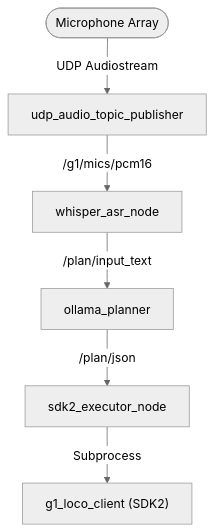
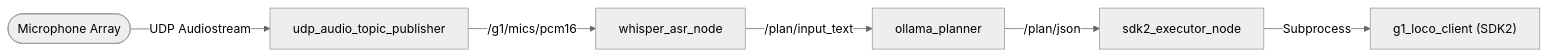
Before and after one commit to Bigfire3/CallBoy: the diagram in README.md, drawn with Mermaid (neutral theme).

Commit message:
Update FlowChart

````diff
--- a/README.md
+++ b/README.md
@@ -9,8 +9,8 @@
 ```mermaid
-flowchart TD
+flowchart LR
     START(["Microphone Array"]) -->|"UDP Audiostream"| UDP["udp_audio_topic_publisher"]
     UDP -->|"/g1/mics/pcm16"| ASR["whisper_asr_node"]
     ASR -->|"/plan/input_text"| PLAN["ollama_planner"]
     PLAN -->|"/plan/json"| EXEC["sdk2_executor_node"]
     EXEC -->|Subprocess| SDK["g1_loco_client (SDK2)"]
 ```
````
